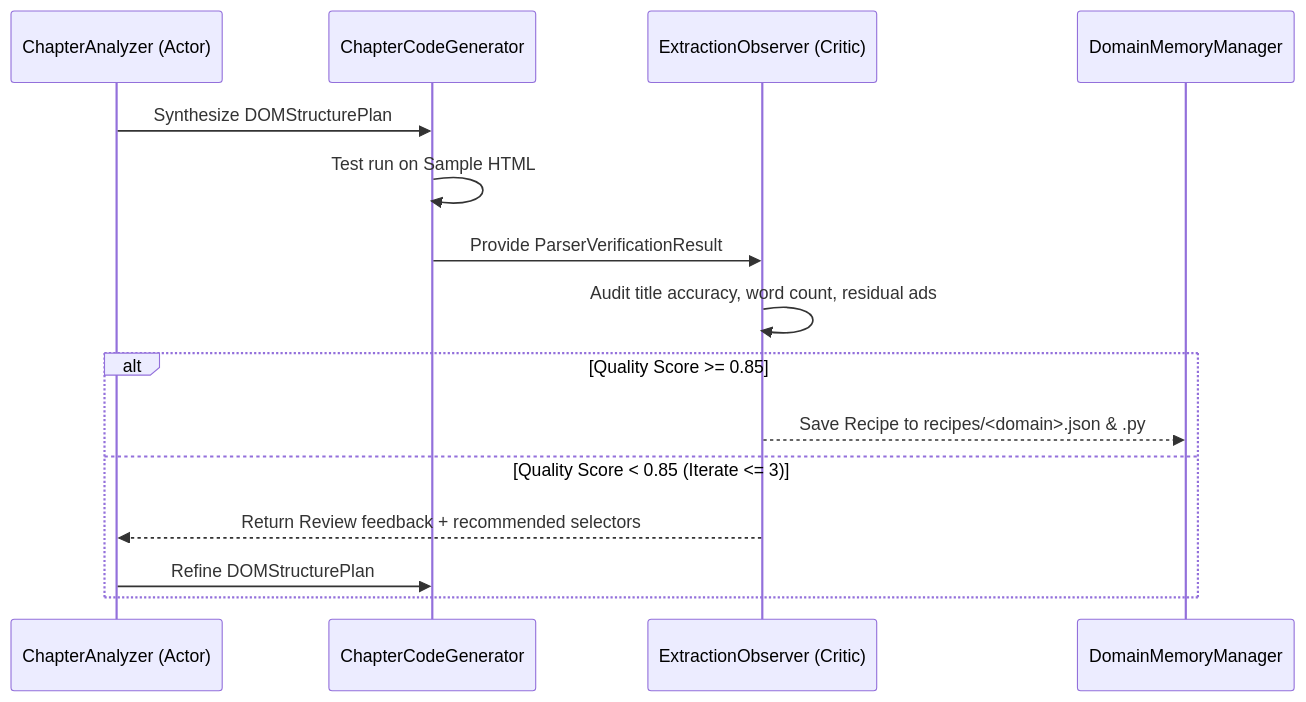
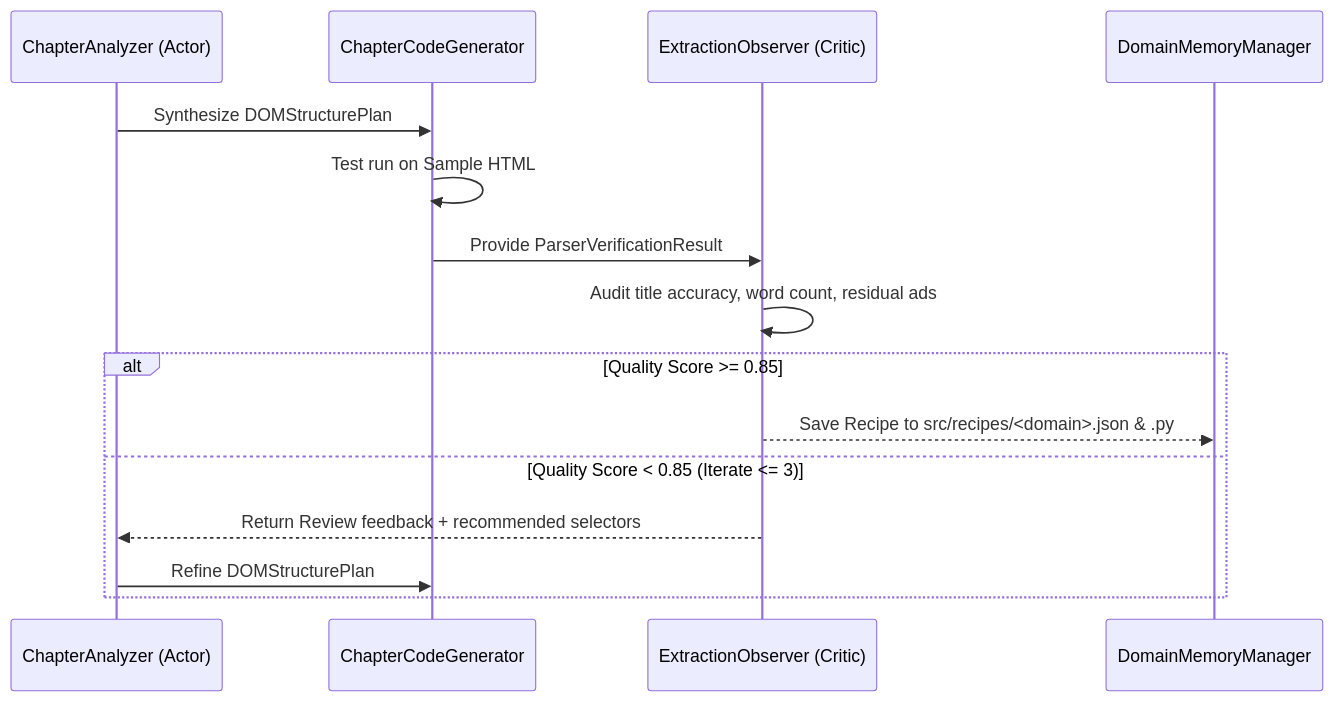
Before and after one commit to Checkmartyr/Novel-Scraper: the third of 3 diagrams in AGENTS.md, drawn with Mermaid. The commit also changed other lines of this file and 33 other files, not shown here.

````diff
--- a/AGENTS.md
+++ b/AGENTS.md
@@ -171,18 +171,18 @@
 ```mermaid
 sequenceDiagram
     participant Analyzer as ChapterAnalyzer (Actor)
     participant CodeGen as ChapterCodeGenerator
     participant Observer as ExtractionObserver (Critic)
     participant Memory as DomainMemoryManager
 
     Analyzer->>CodeGen: Synthesize DOMStructurePlan
     CodeGen->>CodeGen: Test run on Sample HTML
     CodeGen->>Observer: Provide ParserVerificationResult
     Observer->>Observer: Audit title accuracy, word count, residual ads
     alt Quality Score >= 0.85
-        Observer-->>Memory: Save Recipe to recipes/<domain>.json & .py
+        Observer-->>Memory: Save Recipe to src/recipes/<domain>.json & .py
     else Quality Score < 0.85 (Iterate <= 3)
         Observer-->>Analyzer: Return Review feedback + recommended selectors
         Analyzer->>CodeGen: Refine DOMStructurePlan
     end
 ```
````
